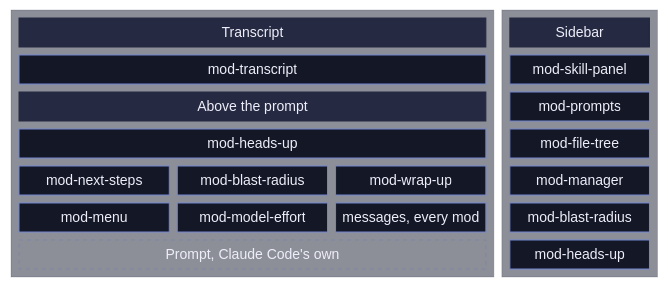
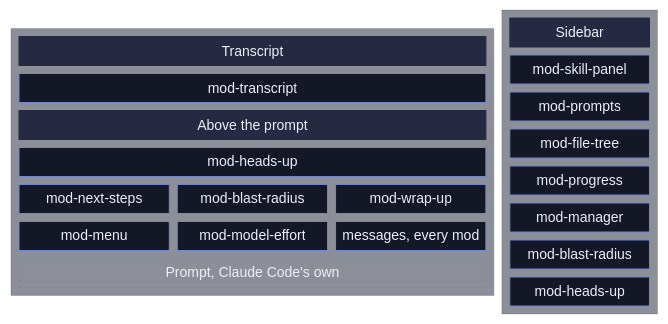
Before and after one commit to Elliot016/otr-mod: the first of 2 diagrams in README.md, drawn with Mermaid. The commit also changed other lines of this file and 18 other files, not shown here.

Commit message:
feat(mod-progress): the main session and every subagent with model, effort, context, tokens, time and gates, in a pill and a pane

````diff
--- a/README.md
+++ b/README.md
@@ -33,61 +34,62 @@
 ```mermaid
 ---
 config:
   theme: base
   themeVariables:
     darkMode: true
     background: "#0D0E17"
     mainBkg: "#141726"
     primaryColor: "#141726"
     primaryTextColor: "#EEEEFA"
     primaryBorderColor: "#7386d0"
     secondaryColor: "#252A42"
     secondaryTextColor: "#EEEEFA"
     secondaryBorderColor: "#8A9BE0"
     tertiaryColor: "#7386D0"
     tertiaryTextColor: "#EEEEFA"
     tertiaryBorderColor: "#A2B0EA"
     lineColor: "#7386d0"
     textColor: "#EEEEFA"
     titleColor: "#EEEEFA"
     nodeBorder: "#7386d0"
     nodeTextColor: "#EEEEFA"
     clusterBkg: "#1C2033"
     clusterBorder: "#252A42"
     edgeLabelBackground: "#141726"
     arrowheadColor: "#7386d0"
     border1: "#7386d0"
     border2: "#7E86A4"
     activationBorderColor: "#ffcb6b"
     errorBkgColor: "#7386D0"
     errorTextColor: "#EEEEFA"
     fontFamily: "Mulish, system-ui, sans-serif"
     fontSize: "14px"
 ---
 block-beta
   columns 4
   block:main:3
     columns 3
     transcript["Transcript"]:3
     transcriptmod["mod-transcript"]:3
     band["Above the prompt"]:3
     headsup["mod-heads-up"]:3
     nextsteps["mod-next-steps"] blast["mod-blast-radius"] wrapup["mod-wrap-up"]
     menu["mod-menu"] effort["mod-model-effort"] toasts["messages, every mod"]
     prompt["Prompt, Claude Code's own"]:3
   end
   block:side:1
     columns 1
     sidebar["Sidebar"]
     skills["mod-skill-panel"]
     prompts["mod-prompts"]
     files["mod-file-tree"]
+    progress["mod-progress"]
     manager["mod-manager"]
     details["mod-blast-radius"]
     headsuppanel["mod-heads-up"]
   end
   classDef region fill:#252A42,stroke:#252A42,color:#EEEEFA
   classDef ghost fill:transparent,stroke:#7E86A4,stroke-dasharray:4 4,color:#7E86A4
   class transcript,band,sidebar region
   class prompt ghost
 ```
````
